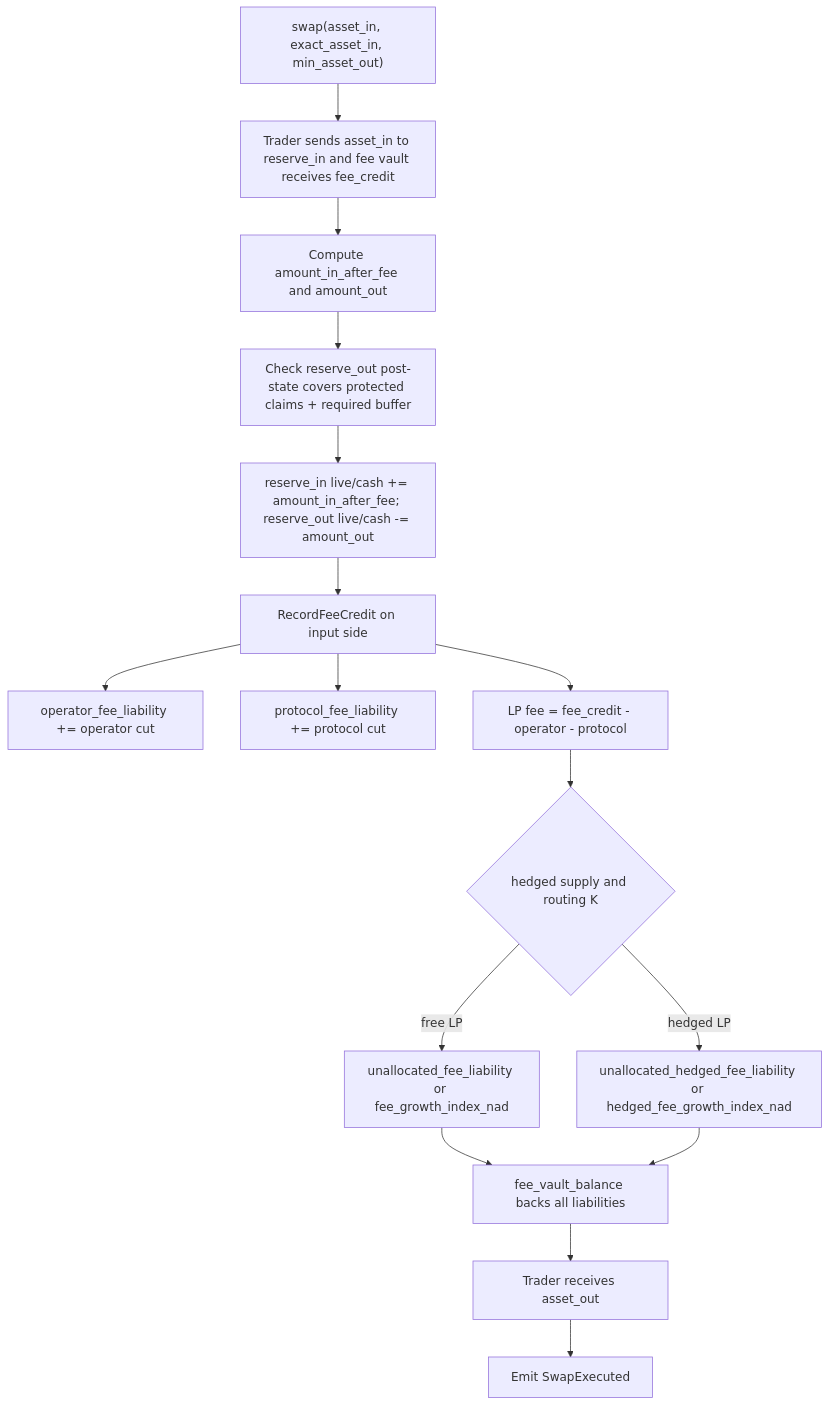
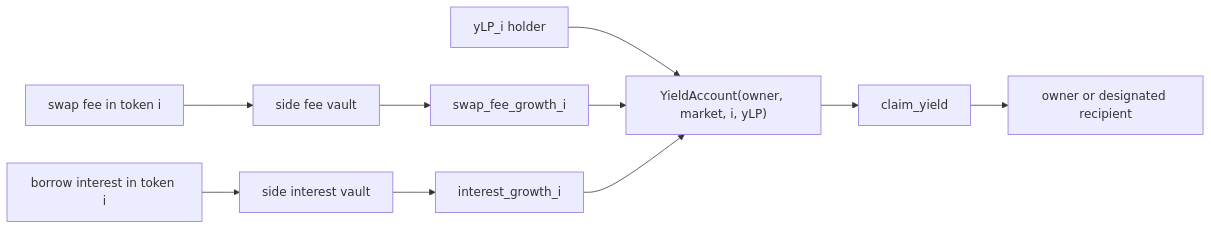
Before and after one commit to omnipair/omnipair-rs: the fourth of 9 diagrams in V2_USER_FLOW_CHARTS.md, drawn with Mermaid. The commit also changed other lines of this file and 4 other files, not shown here.

````diff
--- a/V2_USER_FLOW_CHARTS.md
+++ b/V2_USER_FLOW_CHARTS.md
@@ -156,18 +69,12 @@
 ```mermaid
-flowchart TD
-  Start["swap(asset_in, exact_asset_in, min_asset_out)"] --> TransferIn["Trader sends asset_in to reserve_in and fee vault receives fee_credit"]
-  TransferIn --> Quote["Compute amount_in_after_fee and amount_out"]
-  Quote --> Floor["Check reserve_out post-state covers protected claims + required buffer"]
-  Floor --> Reserves["reserve_in live/cash += amount_in_after_fee; reserve_out live/cash -= amount_out"]
-  Reserves --> FeeSplit["RecordFeeCredit on input side"]
-  FeeSplit --> Op["operator_fee_liability += operator cut"]
-  FeeSplit --> Proto["protocol_fee_liability += protocol cut"]
-  FeeSplit --> LP["LP fee = fee_credit - operator - protocol"]
-  LP --> Route{"hedged supply and routing K"}
-  Route -->|"free LP"| Staker["unallocated_fee_liability or fee_growth_index_nad"]
-  Route -->|"hedged LP"| Hedged["unallocated_hedged_fee_liability or hedged_fee_growth_index_nad"]
-  Staker --> Backed["fee_vault_balance backs all liabilities"]
-  Hedged --> Backed
-  Backed --> TransferOut["Trader receives asset_out"]
-  TransferOut --> Event["Emit SwapExecuted"]
+flowchart LR
+  Swap["swap fee in token i"] --> FeeVault["side fee vault"]
+  Interest["borrow interest in token i"] --> InterestVault["side interest vault"]
+  FeeVault --> Index["swap_fee_growth_i"]
+  InterestVault --> Index2["interest_growth_i"]
+  Holder["yLP_i holder"] --> YieldAccount["YieldAccount(owner, market, i, yLP)"]
+  Index --> YieldAccount
+  Index2 --> YieldAccount
+  YieldAccount --> Claim["claim_yield"]
+  Claim --> Recipient["owner or designated recipient"]
 ```
````
